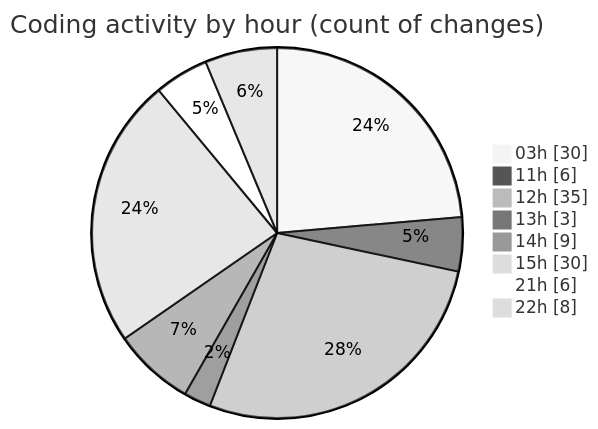
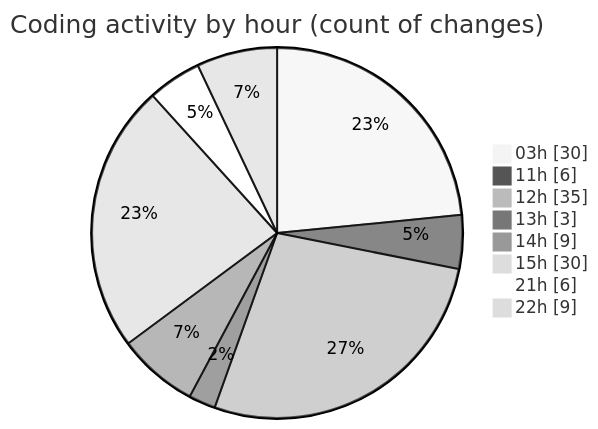
Before and after one commit to lephambinh05/code-tracking: the second of 2 diagrams in 2025-09-13/napxuvn/README.md, drawn with Mermaid (neutral theme). The commit also changed other lines of this file and 1 other file, not shown here.

````diff
--- a/2025-09-13/napxuvn/README.md
+++ b/2025-09-13/napxuvn/README.md
@@ -84,12 +84,12 @@
 ```mermaid
 pie showData
 title Coding activity by hour (count of changes)
 "03h" : 30
 "11h" : 6
 "12h" : 35
 "13h" : 3
 "14h" : 9
 "15h" : 30
 "21h" : 6
-"22h" : 8
+"22h" : 9
 ```
````
